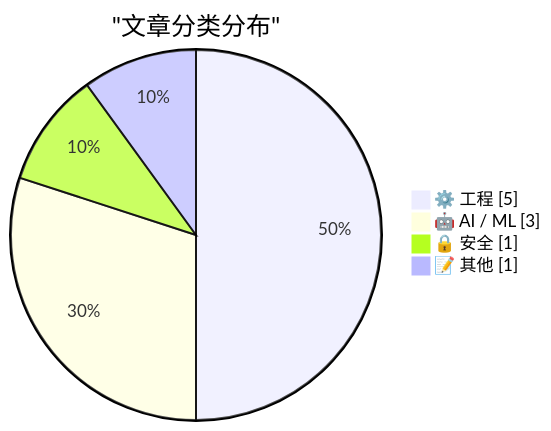
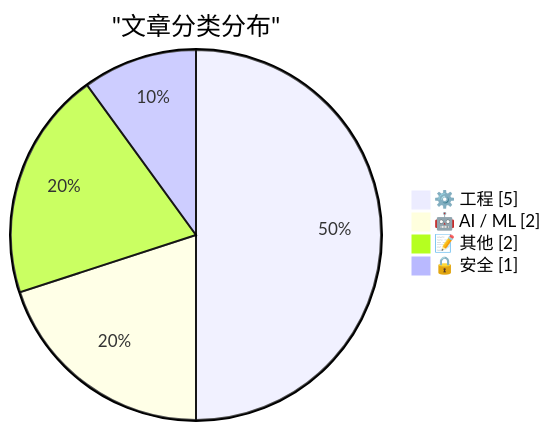
The first of 2 diagrams in content/ai-daily/2026-03-27.md (originem0/SZBlog), drawn with Mermaid before and after one commit. The commit also changed other lines of this file, not shown here.

````diff
--- a/content/ai-daily/2026-03-27.md
+++ b/content/ai-daily/2026-03-27.md
@@ -56,8 +60,8 @@
 ```mermaid
 pie showData
     title "文章分类分布"
     "⚙️ 工程" : 5
-    "🤖 AI / ML" : 3
+    "🤖 AI / ML" : 2
+    "📝 其他" : 2
     "🔒 安全" : 1
-    "📝 其他" : 1
 ```
````
